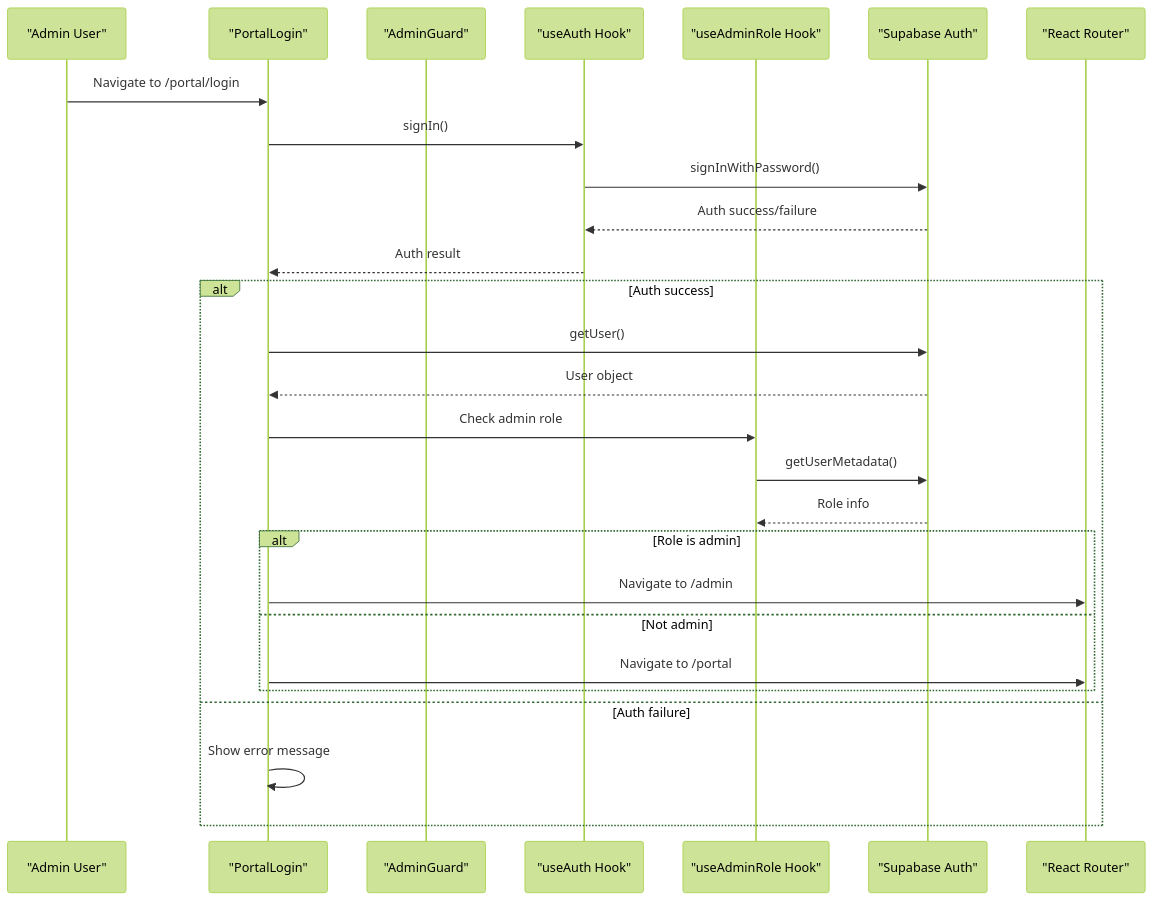
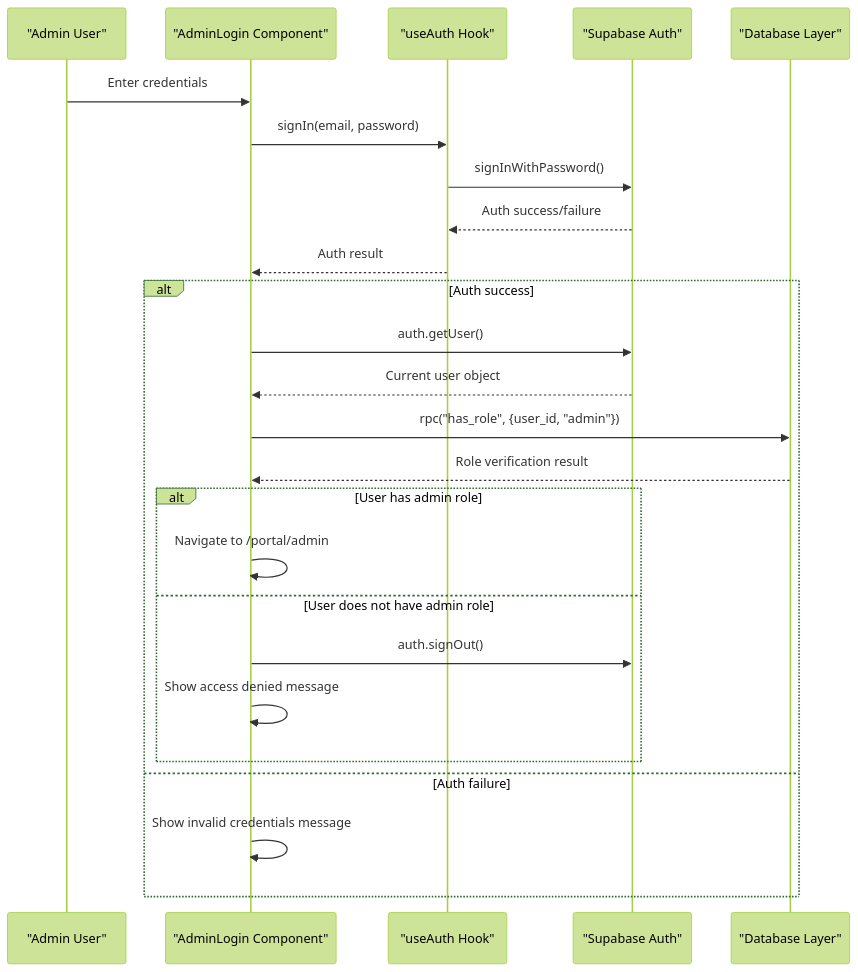
One commit to Hawky1/ryland changed the third of 10 diagrams in .qoder/repowiki/en/content/Application Architecture/Admin Portal System.md. Above: the diagram before and after it, drawn with Mermaid (forest theme). The commit also changed other lines of this file and 26 other files, not shown here.

Commit message:
Admin enhancements: useAdminRole retry logic, AdminLeadDetailDrawer, AdminAffiliateDetail page, sidebar updates

````diff
--- a/.qoder/repowiki/en/content/Application Architecture/Admin Portal System.md
+++ b/.qoder/repowiki/en/content/Application Architecture/Admin Portal System.md
@@ -228,29 +269,27 @@
 ```mermaid
 sequenceDiagram
 participant User as "Admin User"
-participant PortalLogin as "PortalLogin"
-participant AdminGuard as "AdminGuard"
+participant AdminLogin as "AdminLogin Component"
 participant AuthProvider as "useAuth Hook"
-participant AdminRoleHook as "useAdminRole Hook"
 participant Supabase as "Supabase Auth"
-participant Router as "React Router"
-User->>PortalLogin : Navigate to /portal/login
-PortalLogin->>AuthProvider : signIn()
+participant Database as "Database Layer"
+User->>AdminLogin : Enter credentials
+AdminLogin->>AuthProvider : signIn(email, password)
 AuthProvider->>Supabase : signInWithPassword()
 Supabase-->>AuthProvider : Auth success/failure
-AuthProvider-->>PortalLogin : Auth result
+AuthProvider-->>AdminLogin : Auth result
 alt Auth success
-PortalLogin->>Supabase : getUser()
-Supabase-->>PortalLogin : User object
-PortalLogin->>AdminRoleHook : Check admin role
-AdminRoleHook->>Supabase : getUserMetadata()
-Supabase-->>AdminRoleHook : Role info
-alt Role is admin
-PortalLogin->>Router : Navigate to /admin
-else Not admin
-PortalLogin->>Router : Navigate to /portal
+AdminLogin->>Supabase : auth.getUser()
+Supabase-->>AdminLogin : Current user object
+AdminLogin->>Database : rpc("has_role", {user_id, "admin"})
+Database-->>AdminLogin : Role verification result
+alt User has admin role
+AdminLogin->>AdminLogin : Navigate to /portal/admin
+else User does not have admin role
+AdminLogin->>Supabase : auth.signOut()
+AdminLogin->>AdminLogin : Show access denied message
 end
 else Auth failure
-PortalLogin->>PortalLogin : Show error message
+AdminLogin->>AdminLogin : Show invalid credentials message
 end
 ```
````
